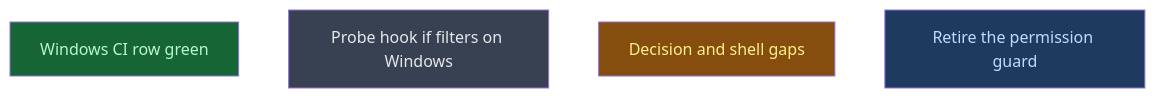
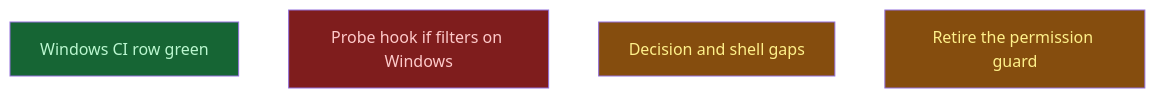
The diagram in __roadmap__/windows_install/README.md (CrackingShells/Murmuration), drawn with Mermaid before and after one commit. The commit also changed other lines of this file and 10 other files, not shown here.

First line of the commit message:
docs(roadmap): close the guard's leaves as blocked by A1

````diff
--- a/__roadmap__/windows_install/README.md
+++ b/__roadmap__/windows_install/README.md
@@ -22,12 +21,12 @@
 ```mermaid
 graph TD
     ci_green[Windows CI row green]:::done
-    if_probe[Probe hook if filters on Windows]:::planned
+    if_probe[Probe hook if filters on Windows]:::blocked
     next[Decision and shell gaps]:::inprogress
-    retire_guard[Retire the permission guard]:::amendment
+    retire_guard[Retire the permission guard]:::inprogress
     classDef done       fill:#166534,color:#bbf7d0
     classDef inprogress fill:#854d0e,color:#fef08a
     classDef planned    fill:#374151,color:#e5e7eb
     classDef amendment  fill:#1e3a5f,color:#bfdbfe
     classDef blocked    fill:#7f1d1d,color:#fecaca
 ```
````
